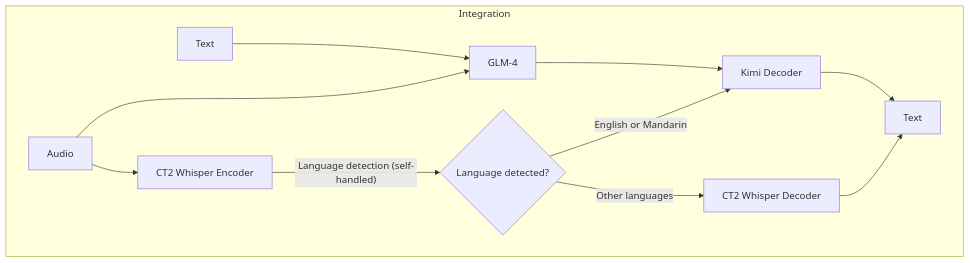
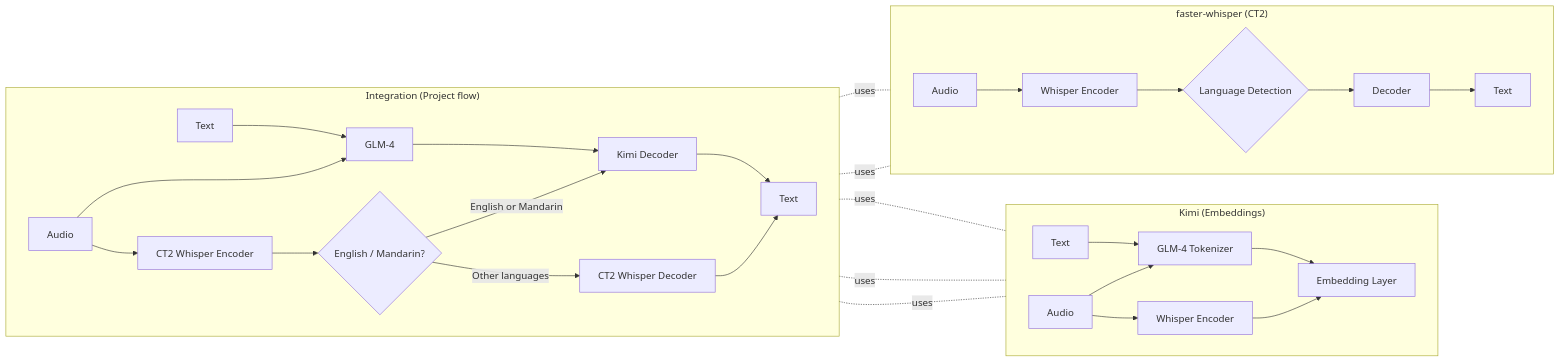
The diagram in README.md (jiaxuan030331/China-Multi-Lingual-ASR-System), drawn with Mermaid before and after one commit.

````diff
--- a/README.md
+++ b/README.md
@@ -13,26 +13,64 @@
 ```mermaid
 flowchart LR
-  %% Integration (GitHub-friendly)
-  subgraph Integration
+  %% =======================
+  %% Kimi (Embeddings path)
+  %% =======================
+  subgraph KIMI["Kimi (Embeddings)"]
     direction LR
-    TXT["Text"]
-    AUD["Audio"]
-    GLM4["GLM-4"]
-    KIMI["Kimi Decoder"]
-    CT2E["CT2 Whisper Encoder"]
-    DET{"Language detected?"}
-    CT2D["CT2 Whisper Decoder"]
-    OUT["Text"]
+    K_T["Text"]
+    K_A["Audio"]
+    K_TK["GLM-4 Tokenizer"]
+    K_WE["Whisper Encoder"]
+    K_E["Embedding Layer"]
 
-    %% Text / Audio -> GLM-4 -> Kimi decoder -> Text
-    TXT --> GLM4
-    AUD --> GLM4
-    GLM4 --> KIMI --> OUT
+    K_T --> K_TK --> K_E
+    K_A --> K_TK
+    K_A --> K_WE --> K_E
+  end
+
+  %% ============================
+  %% faster-whisper (CT2) system
+  %% ============================
+  subgraph FW["faster-whisper (CT2)"]
+    direction LR
+    F_A["Audio"]
+    F_WE["Whisper Encoder"]
+    F_LD{"Language Detection"}
+    F_D["Decoder"]
+    F_TXT["Text"]
+
+    F_A --> F_WE --> F_LD --> F_D --> F_TXT
+  end
+
+  %% =======================
+  %% Project Integration
+  %% =======================
+  subgraph INT["Integration (Project flow)"]
+    direction LR
+    I_TXT["Text"]
+    I_AUD["Audio"]
+    I_GLM4["GLM-4"]
+    I_KIMID["Kimi Decoder"]
+    I_CT2E["CT2 Whisper Encoder"]
+    I_DET{"English / Mandarin?"}
+    I_CT2D["CT2 Whisper Decoder"]
+    I_OUT["Text"]
+
+    %% Text/Audio -> GLM-4 -> Kimi decoder -> Text
+    I_TXT --> I_GLM4
+    I_AUD --> I_GLM4
+    I_GLM4 --> I_KIMID --> I_OUT
 
     %% Audio -> CT2 encoder -> detection -> route
-    AUD --> CT2E
-    CT2E -- "Language detection (self-handled)" --> DET
-    DET  -- "English or Mandarin" --> KIMI
-    DET  -- "Other languages"     --> CT2D --> OUT
+    I_AUD --> I_CT2E --> I_DET
+    I_DET -- "English or Mandarin" --> I_KIMID
+    I_DET -- "Other languages" --> I_CT2D --> I_OUT
   end
+
+  %% ------- Reference (dotted) lines to show which subsystems power Integration -------
+  I_CT2E -. "uses" .- F_WE
+  I_CT2D -. "uses" .- F_D
+  I_KIMID -. "uses" .- K_TK
+  I_GLM4  -. "uses" .- K_TK
+  I_KIMID -. "uses" .- K_WE
 ```
````
